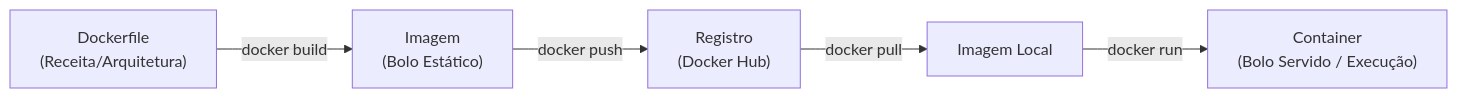
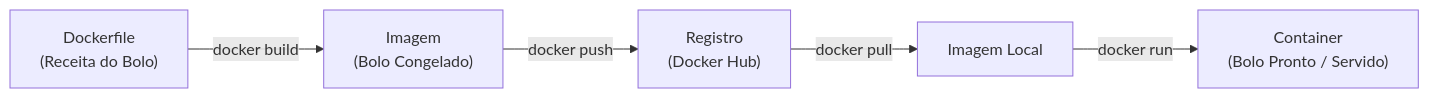
One commit to HenriqueSHA/learning_docker changed the second of 2 diagrams in README.md. Above: the diagram before and after it, drawn with Mermaid. The commit also changed other lines of this file, not shown here.

Commit message:
docs: compile all docker course teachings, syntax tables, and terminal guide in readme

````diff
--- a/README.md
+++ b/README.md
@@ -81,7 +73,7 @@
 ```mermaid
 flowchart LR
-    DF["Dockerfile\n(Receita/Arquitetura)"] -->|docker build| IMG["Imagem\n(Bolo Estático)"]
+    DF["Dockerfile\n(Receita do Bolo)"] -->|docker build| IMG["Imagem\n(Bolo Congelado)"]
     IMG -->|docker push| REG["Registro\n(Docker Hub)"]
     REG -->|docker pull| IMG2["Imagem Local"]
-    IMG2 -->|docker run| CT["Container\n(Bolo Servido / Execução)"]
+    IMG2 -->|docker run| CT["Container\n(Bolo Pronto / Servido)"]
 ```
````
